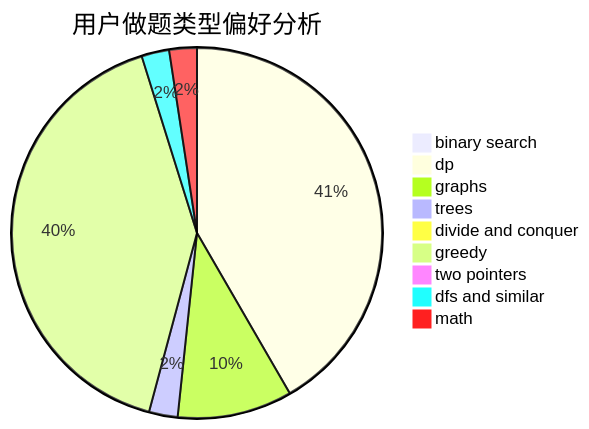
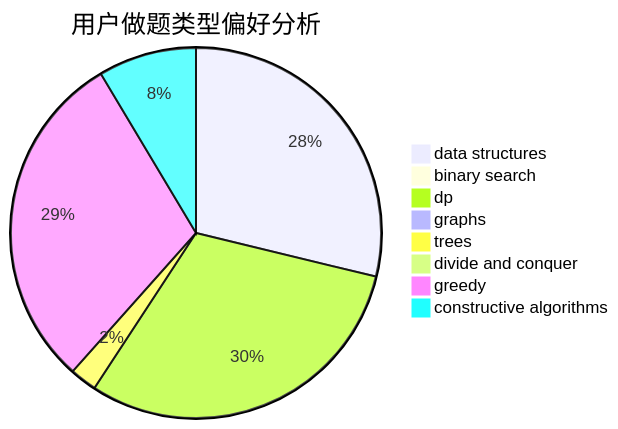
Before and after one commit to sherpahu/cfrs.github.io: the second of 3 diagrams in docs/user/u2758.md, drawn with Mermaid. The commit also changed other lines of this file and 2775 other files, not shown here.

````diff
--- a/docs/user/u2758.md
+++ b/docs/user/u2758.md
@@ -23,12 +23,11 @@
 ```mermaid
 pie title 用户做题类型偏好分析
-    "binary search" :  4
-    "dp" :  449
-    "graphs" :  108
+    "data structures" :  329
+    "binary search" :  0
+    "dp" :  348
+    "graphs" :  9
     "trees" :  27
     "divide and conquer" :  9
-    "greedy" :  442
-    "two pointers" :  6
-    "dfs and similar" :  26
-    "math" :  26
+    "greedy" :  341
+    "constructive algorithms" :  98
 ```
````
